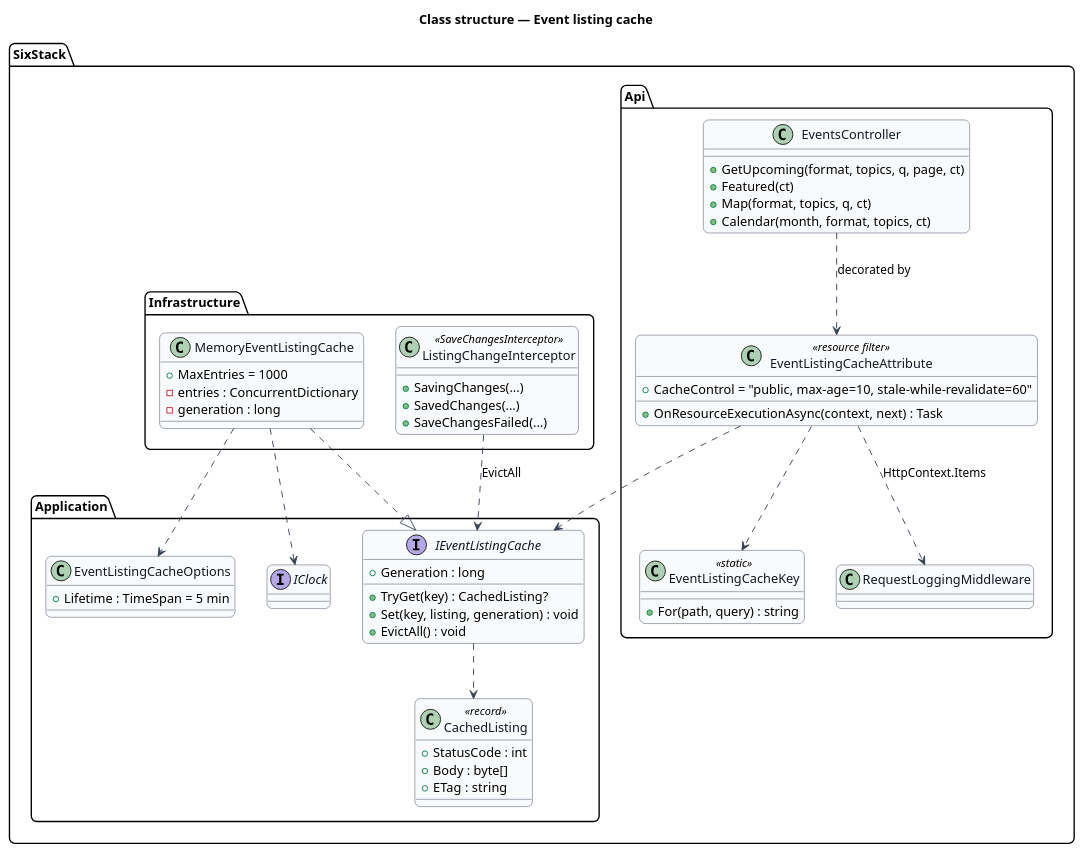
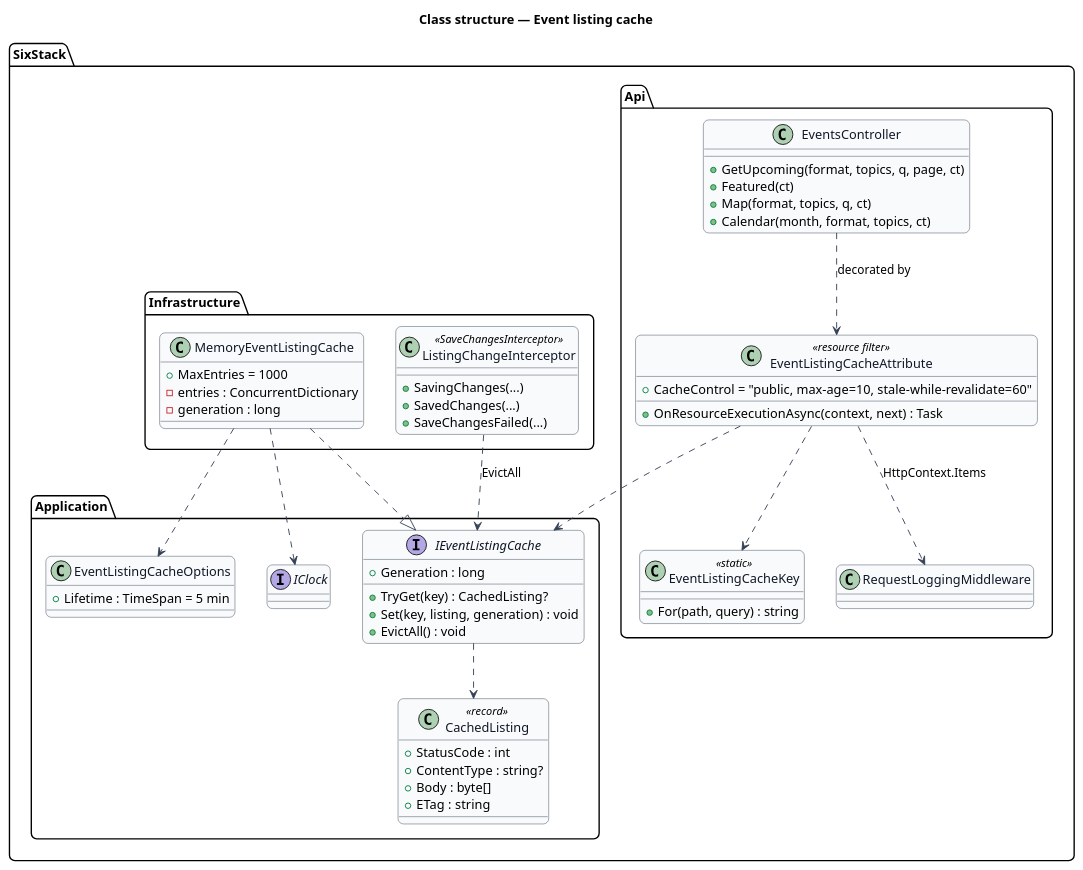
The diagram in docs/detailed-designs/platform/event-listing-cache/diagrams/class-structure.puml (QuinntyneBrown/6ixstack), drawn with PlantUML before and after one commit. The commit also changed 9 other files, not shown here.

```diff
--- a/docs/detailed-designs/platform/event-listing-cache/diagrams/class-structure.puml
+++ b/docs/detailed-designs/platform/event-listing-cache/diagrams/class-structure.puml
@@ -1,68 +1,69 @@
 @startuml
 skinparam backgroundColor #FFFFFF
 skinparam shadowing false
 skinparam roundcorner 12
 skinparam defaultFontName Arial
 skinparam ArrowColor #344054
 skinparam class {
   BorderColor #344054
   FontColor #101828
   BackgroundColor #F9FAFB
 }
 title Class structure — Event listing cache
 
 package "SixStack.Api" {
   class EventListingCacheAttribute <<resource filter>> {
     +CacheControl = "public, max-age=10, stale-while-revalidate=60"
     +OnResourceExecutionAsync(context, next) : Task
   }
   class EventListingCacheKey <<static>> {
     +For(path, query) : string
   }
   class EventsController {
     +GetUpcoming(format, topics, q, page, ct)
     +Featured(ct)
     +Map(format, topics, q, ct)
     +Calendar(month, format, topics, ct)
   }
   class RequestLoggingMiddleware
 }
 package "SixStack.Application" {
   interface IEventListingCache {
     +Generation : long
     +TryGet(key) : CachedListing?
     +Set(key, listing, generation) : void
     +EvictAll() : void
   }
   class CachedListing <<record>> {
     +StatusCode : int
+    +ContentType : string?
     +Body : byte[]
     +ETag : string
   }
   class EventListingCacheOptions {
     +Lifetime : TimeSpan = 5 min
   }
   interface IClock
 }
 package "SixStack.Infrastructure" {
   class MemoryEventListingCache {
     +MaxEntries = 1000
     -entries : ConcurrentDictionary
     -generation : long
   }
   class ListingChangeInterceptor <<SaveChangesInterceptor>> {
     +SavingChanges(...)
     +SavedChanges(...)
     +SaveChangesFailed(...)
   }
 }
 EventsController ..> EventListingCacheAttribute : decorated by
 EventListingCacheAttribute ..> EventListingCacheKey
 EventListingCacheAttribute ..> IEventListingCache
 EventListingCacheAttribute ..> RequestLoggingMiddleware : HttpContext.Items
 IEventListingCache ..> CachedListing
 MemoryEventListingCache ..|> IEventListingCache
 MemoryEventListingCache ..> IClock
 MemoryEventListingCache ..> EventListingCacheOptions
 ListingChangeInterceptor ..> IEventListingCache : EvictAll
 @enduml
```
